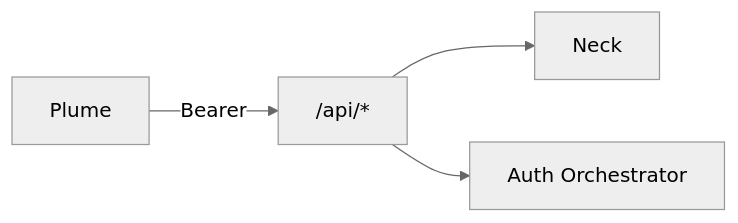
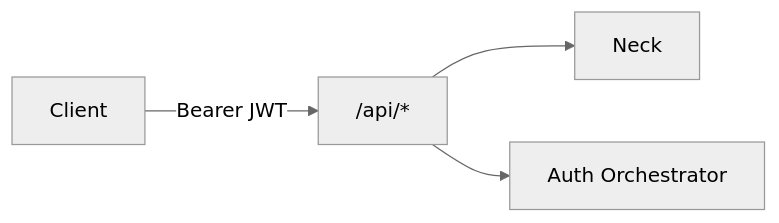
One commit to Bardie-radio/bardie-kithara changed the diagram in docs/architecture/interfaces/rest-api.md. Above: the diagram before and after it, drawn with Mermaid (neutral theme). The commit also changed other lines of this file and 37 other files, not shown here.

Commit message:
Refactor architecture documentation to clarify audio processing and module interactions.

````diff
--- a/docs/architecture/interfaces/rest-api.md
+++ b/docs/architecture/interfaces/rest-api.md
@@ -3,6 +3,6 @@
 ```mermaid
 flowchart LR
-  Plume -->|Bearer| API["/api/*"]
+  Client -->|Bearer JWT| API["/api/*"]
   API --> Neck
   API --> AuthOrch[Auth Orchestrator]
 ```
````
